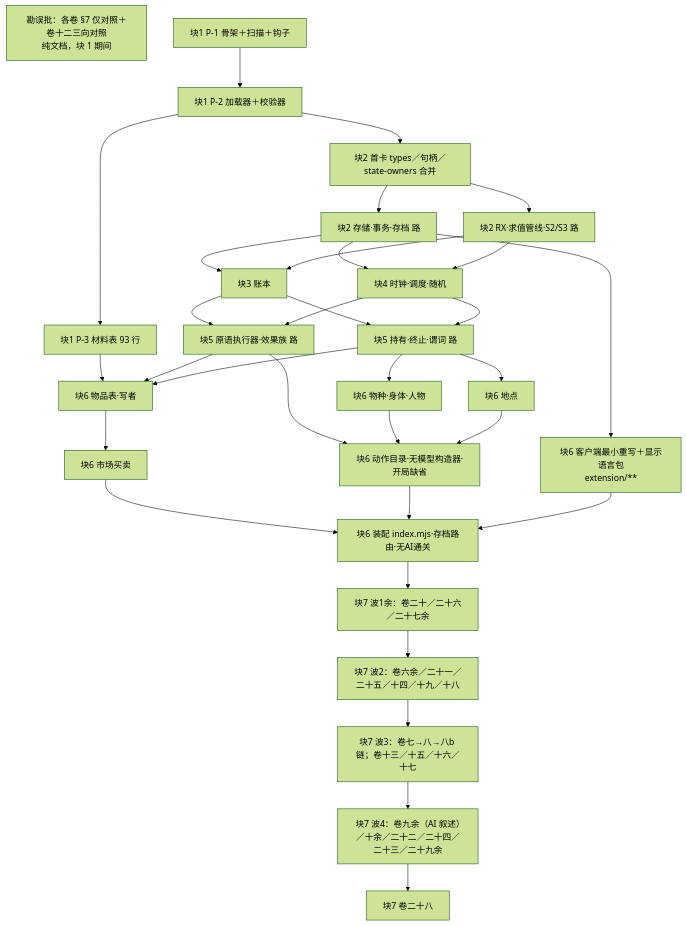
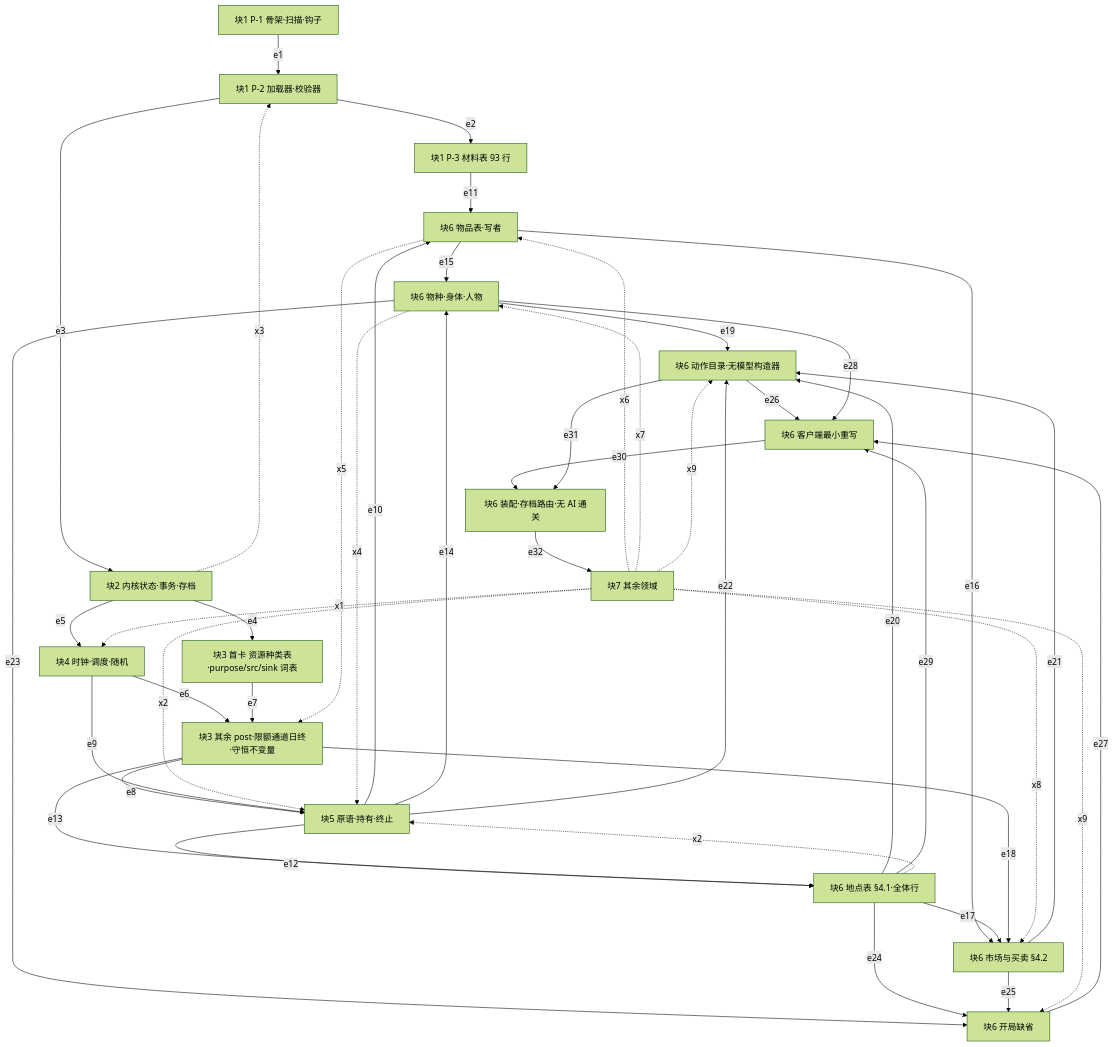
The diagram in docs/新底子方案-v0.md (Liangzhen-Chen/infinite-world), drawn with Mermaid (forest theme) before and after one commit. The commit also changed other lines of this file, not shown here.

````diff
--- a/docs/新底子方案-v0.md
+++ b/docs/新底子方案-v0.md
@@ -149,35 +157,46 @@
 ```mermaid
 graph TD
-  E[勘误批：各卷 §7 仅对照＋卷十二三向对照<br/>纯文档，块 1 期间] 
-  P1[块1 P-1 骨架＋扫描＋钩子] --> P2[块1 P-2 加载器＋校验器]
-  P2 --> P3[块1 P-3 材料表 93 行]
-  P2 --> B2a[块2 首卡 types／句柄／state-owners 合并]
-  B2a --> B2s[块2 存储·事务·存档 路]
-  B2a --> B2e[块2 RX·求值管线·S2/S3 路]
-  B2s --> B3[块3 账本]
-  B2e --> B3
-  B2s --> B4[块4 时钟·调度·随机]
-  B2e --> B4
-  B3 --> B5x[块5 原语执行器·效果族 路]
-  B4 --> B5x
-  B3 --> B5h[块5 持有·终止·谓词 路]
-  B4 --> B5h
-  P3 --> B6i[块6 物品表·写者]
-  B5x --> B6i
-  B5h --> B6i
-  B5h --> B6b[块6 物种·身体·人物]
-  B5h --> B6l[块6 地点]
-  B2s --> B6c[块6 客户端最小重写＋显示语言包<br/>extension/**]
-  B6i --> B6m[块6 市场买卖]
-  B5x --> B6a[块6 动作目录·无模型构造器·开局缺省]
-  B6b --> B6a
-  B6l --> B6a
-  B6m --> B6z[块6 装配 index.mjs·存档路由·无AI通关]
-  B6a --> B6z
-  B6c --> B6z
-  B6z --> W1[块7 波1余：卷二十／二十六／二十七余]
-  W1 --> W2[块7 波2：卷六余／二十一／二十五／十四／十九／十八]
-  W2 --> W3[块7 波3：卷七→八→八b 链；卷十三／十五／十六／十七]
-  W3 --> W4[块7 波4：卷九余（AI 叙述）／十余／二十二／二十四／二十三／二十九余]
-  W4 --> W5[块7 卷二十八]
+  P1["块1 P-1 骨架·扫描·钩子"] -->|e1| P2["块1 P-2 加载器·校验器"]
+  P2 -->|e2| P3["块1 P-3 材料表 93 行"]
+  P2 -->|e3| B2["块2 内核状态·事务·存档"]
+  B2 -->|e4| B3a["块3 首卡 资源种类表·purpose/src/sink 词表"]
+  B2 -->|e5| B4["块4 时钟·调度·随机"]
+  B4 -->|e6| B3b["块3 其余 post·限额通道日终·守恒不变量"]
+  B3a -->|e7| B3b
+  B3b -->|e8| B5["块5 原语·持有·终止"]
+  B4 -->|e9| B5
+  B5 -->|e10| B6i["块6 物品表·写者"]
+  P3 -->|e11| B6i
+  B5 -->|e12| B6p["块6 地点表 §4.1·全体行"]
+  B3b -->|e13| B6p
+  B5 -->|e14| B6b["块6 物种·身体·人物"]
+  B6i -->|e15| B6b
+  B6i -->|e16| B6m["块6 市场与买卖 §4.2"]
+  B6p -->|e17| B6m
+  B3b -->|e18| B6m
+  B6b -->|e19| B6a["块6 动作目录·无模型构造器"]
+  B6p -->|e20| B6a
+  B6m -->|e21| B6a
+  B5 -->|e22| B6a
+  B6b -->|e23| B6g["块6 开局缺省"]
+  B6p -->|e24| B6g
+  B6m -->|e25| B6g
+  B6a -->|e26| B6c["块6 客户端最小重写"]
+  B6g -->|e27| B6c
+  B6b -->|e28| B6c
+  B6p -->|e29| B6c
+  B6c -->|e30| B6z["块6 装配·存档路由·无 AI 通关"]
+  B6a -->|e31| B6z
+  B6z -->|e32| W["块7 其余领域"]
+  W -.->|x1| B4
+  W -.->|x2| B5
+  B6p -.->|x2| B5
+  B2 -.->|x3| P2
+  B6b -.->|x4| B5
+  B6i -.->|x5| B3b
+  W -.->|x6| B6i
+  W -.->|x7| B6b
+  W -.->|x8| B6m
+  W -.->|x9| B6a
+  W -.->|x9| B6g
 ```
````
